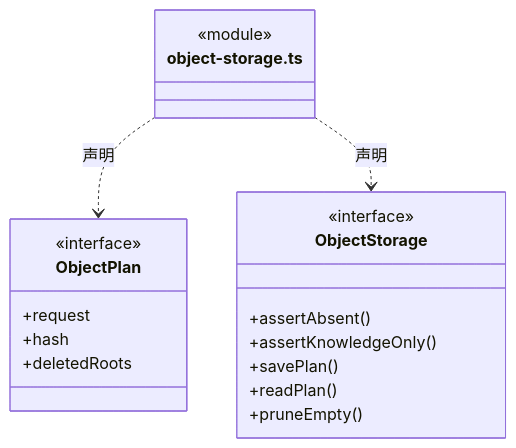
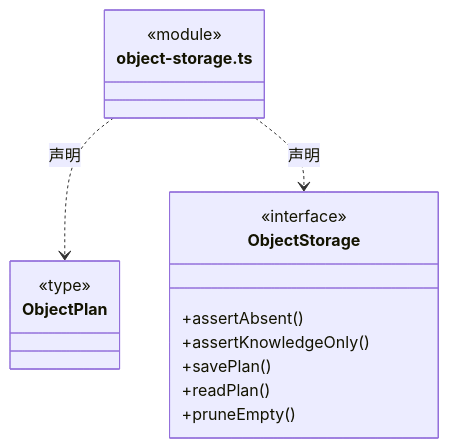
The seventh of 28 diagrams in src/backend/core/knowledge/ARCHITECTURE.md (nan023062/cbim), drawn with Mermaid before and after one commit. The commit also changed other lines of this file and 97 other files, not shown here.

````diff
--- a/src/backend/core/knowledge/ARCHITECTURE.md
+++ b/src/backend/core/knowledge/ARCHITECTURE.md
@@ -161,22 +162,20 @@
 ```mermaid
 classDiagram
 class N_src_backend_core_knowledge_object_storage_ts["object-storage.ts"] {
   <<module>>
 }
 class N_src_backend_core_knowledge_object_storage_ts_ObjectPlan["ObjectPlan"] {
-  <<interface>>
-  +request
-  +hash
-  +deletedRoots
+  <<type>>
+
 }
 N_src_backend_core_knowledge_object_storage_ts ..> N_src_backend_core_knowledge_object_storage_ts_ObjectPlan : 声明
 class N_src_backend_core_knowledge_object_storage_ts_ObjectStorage["ObjectStorage"] {
   <<interface>>
   +assertAbsent()
   +assertKnowledgeOnly()
   +savePlan()
   +readPlan()
   +pruneEmpty()
 }
 N_src_backend_core_knowledge_object_storage_ts ..> N_src_backend_core_knowledge_object_storage_ts_ObjectStorage : 声明
 ```
````
